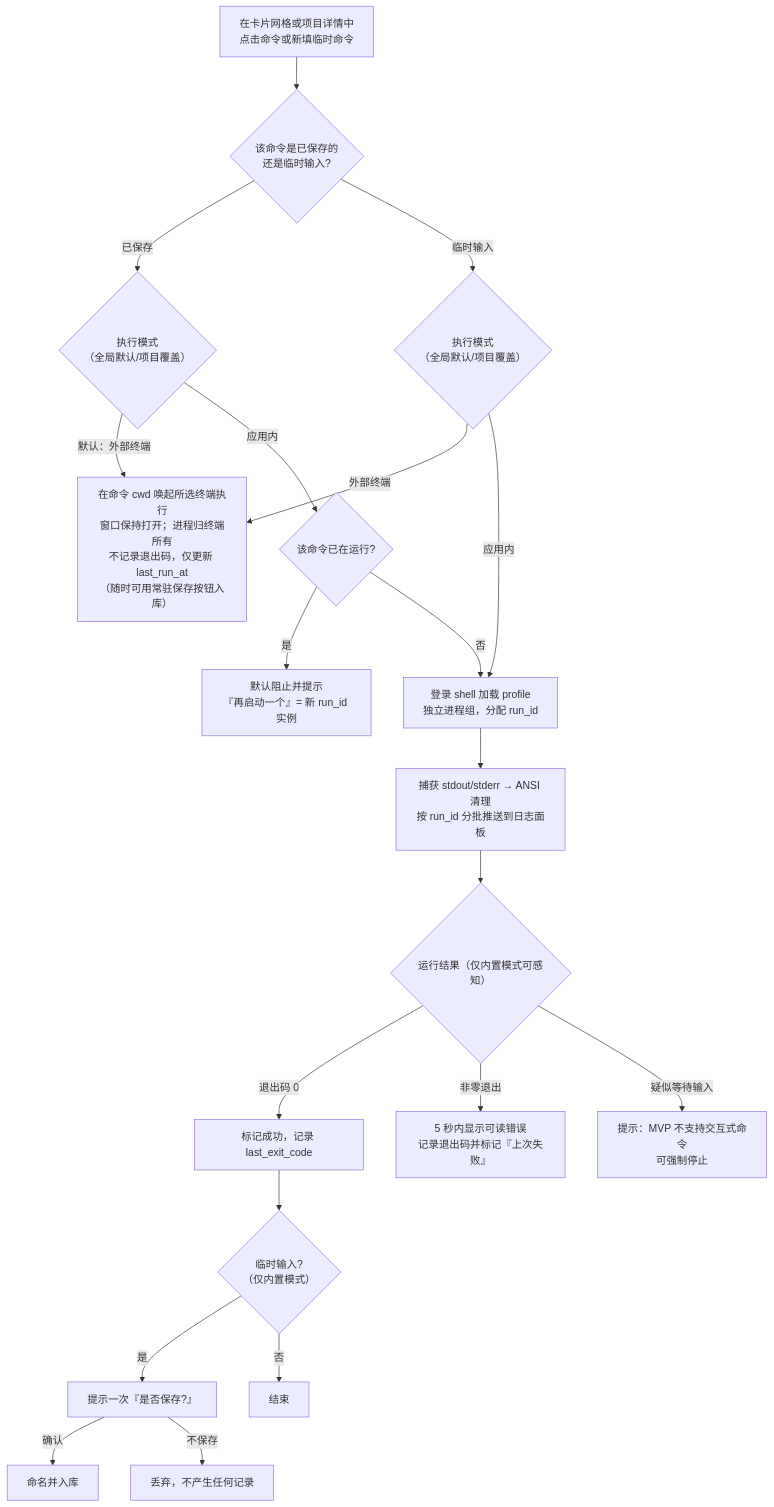
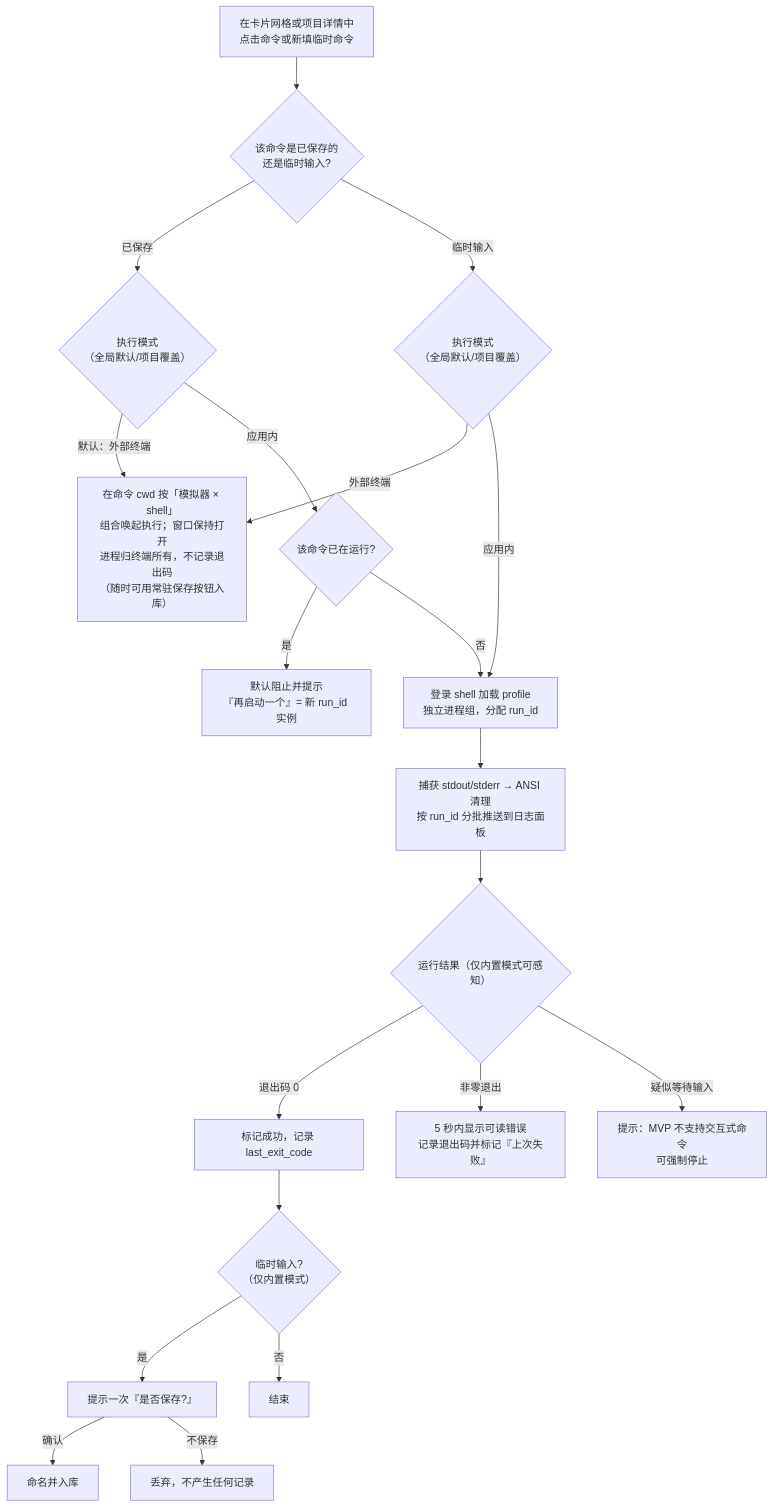
The second of 4 diagrams in docs/需求分析文档-汇总版.md (iceblyte/squirl), drawn with Mermaid before and after one commit. The commit also changed other lines of this file, not shown here.

First line of the commit message:
docs: pin Vite, root attribution and shell layers

````diff
--- a/docs/需求分析文档-汇总版.md
+++ b/docs/需求分析文档-汇总版.md
@@ -234,22 +248,22 @@
 ```mermaid
 flowchart TD
     A["在卡片网格或项目详情中<br>点击命令或新填临时命令"] --> B{"该命令是已保存的<br>还是临时输入?"}
     B -- "已保存" --> F{"执行模式<br>（全局默认/项目覆盖）"}
     B -- "临时输入" --> C{"执行模式<br>（全局默认/项目覆盖）"}
-    C -- "外部终端" --> G["在命令 cwd 唤起所选终端执行<br>窗口保持打开；进程归终端所有<br>不记录退出码，仅更新 last_run_at<br>（随时可用常驻保存按钮入库）"]
+    C -- "外部终端" --> G["在命令 cwd 按「模拟器 × shell」<br>组合唤起执行；窗口保持打开<br>进程归终端所有，不记录退出码<br>（随时可用常驻保存按钮入库）"]
     F -- "默认：外部终端" --> G
     F -- "应用内" --> I{"该命令已在运行?"}
     I -- "是" --> J["默认阻止并提示<br>『再启动一个』= 新 run_id 实例"]
     I -- "否" --> K["登录 shell 加载 profile<br>独立进程组，分配 run_id"]
     C -- "应用内" --> K
     K --> L["捕获 stdout/stderr → ANSI 清理<br>按 run_id 分批推送到日志面板"]
     L --> M{"运行结果（仅内置模式可感知）"}
     M -- "退出码 0" --> N["标记成功，记录 last_exit_code"]
     M -- "非零退出" --> O["5 秒内显示可读错误<br>记录退出码并标记『上次失败』"]
     M -- "疑似等待输入" --> P["提示：MVP 不支持交互式命令<br>可强制停止"]
     N --> Q{"临时输入?<br>（仅内置模式）"}
     Q -- "是" --> R["提示一次『是否保存?』"]
     Q -- "否" --> S["结束"]
     R -- "确认" --> D["命名并入库"]
     R -- "不保存" --> E["丢弃，不产生任何记录"]
 ```
````
